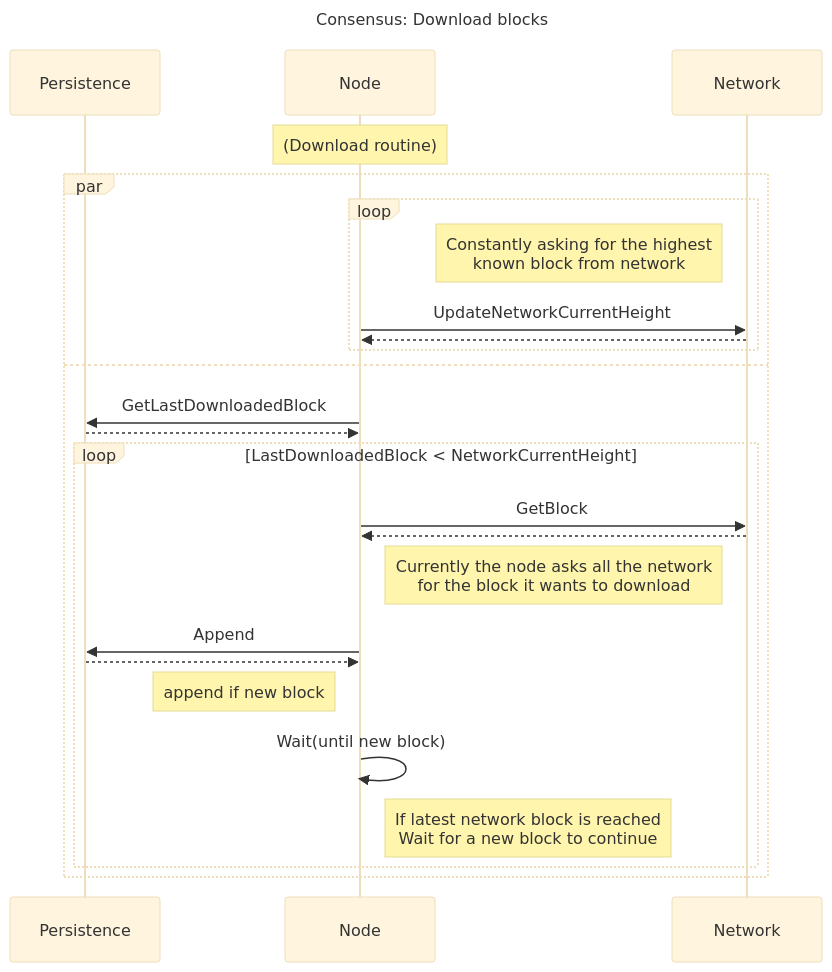
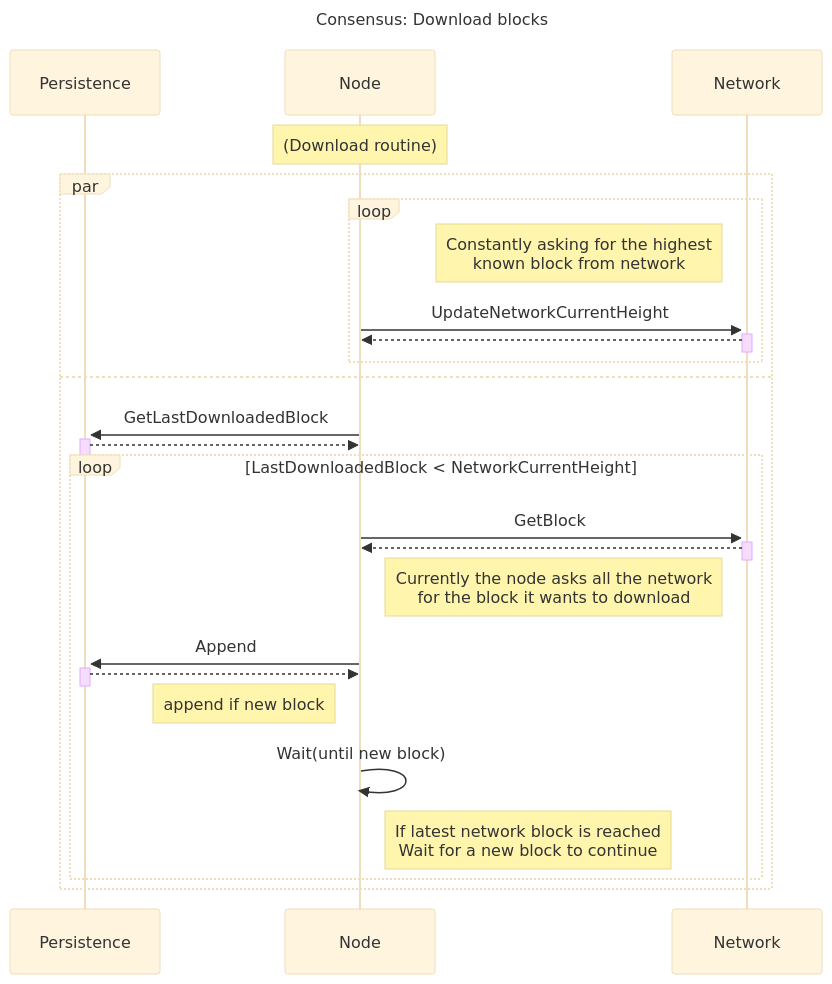
The sixth of 9 diagrams in consensus/README.md (pokt-network/pocket), drawn with Mermaid (base theme) before and after one commit. The commit also changed other lines of this file, not shown here.

````diff
--- a/consensus/README.md
+++ b/consensus/README.md
@@ -210,32 +210,32 @@
 ```mermaid
 sequenceDiagram
   title: Consensus: Download blocks
   participant Persistence
   Note over Node: (Download routine)
   participant Node
   participant Network
 
   par
     loop
       Note left of Network: Constantly asking for the highest<br /> known block from network
-      Node->>Network:UpdateNetworkCurrentHeight
-      Network-->>Node: 
+      Node->>+Network:UpdateNetworkCurrentHeight
+      Network-->>-Node: 
     end
   and
-    Node->>Persistence:GetLastDownloadedBlock
-    Persistence-->>Node: 
+    Node->>+Persistence:GetLastDownloadedBlock
+    Persistence-->>-Node: 
 
     loop LastDownloadedBlock < NetworkCurrentHeight
-      Node->>Network:GetBlock
-      Network-->>Node: 
+      Node->>+Network:GetBlock
+      Network-->>-Node: 
       Note left of Network: Currently the node asks all the network<br />for the block it wants to download
 
-      Node->>Persistence:Append
-      Persistence-->>Node: 
+      Node->>+Persistence:Append
+      Persistence-->>-Node: 
       Note left of Node: append if new block
 
       Node->>Node:Wait(until new block)
       Note right of Node: If latest network block is reached<br />Wait for a new block to continue
     end
   end
 ```
````
